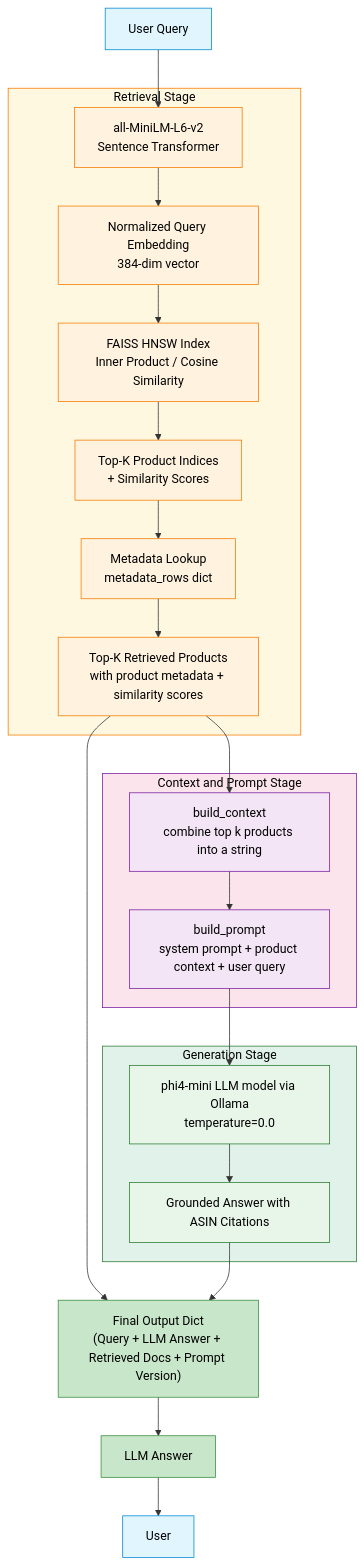
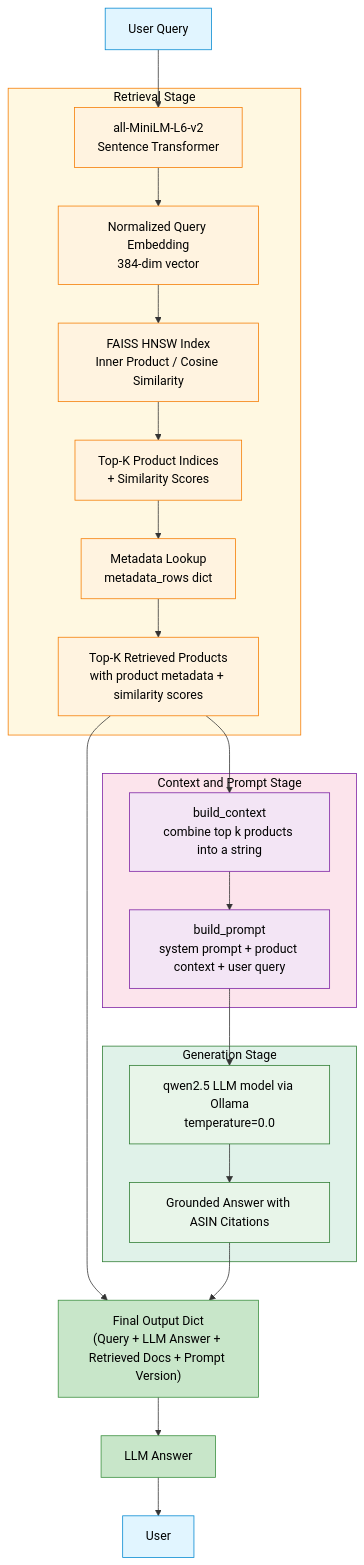
One commit to UBC-MDS/DSCI-575-amazon-review-retrieval-jasjot-karan changed the diagram in README.md. Above: the diagram before and after it, drawn with Mermaid. The commit also changed other lines of this file, not shown here.

Commit message:
change to qwen2.5

````diff
--- a/README.md
+++ b/README.md
@@ -27,68 +27,68 @@
 ```mermaid
 flowchart TD
     A[User Query] --> B[all-MiniLM-L6-v2<br/>Sentence Transformer]
     B --> C[Normalized Query Embedding<br/>384-dim vector]
     
     C --> D[FAISS HNSW Index<br/>Inner Product / Cosine Similarity]
     D --> E[Top-K Product Indices<br/>+ Similarity Scores]
     
     E --> F[Metadata Lookup<br/>metadata_rows dict]
     F --> G[Top-K Retrieved Products<br/>with product metadata + similarity scores]
     
     G --> H[build_context<br/>combine top k products into a string]
     H --> I[build_prompt<br/>system prompt + product context + user query]
     
-    I --> J[phi4-mini LLM model via Ollama<br/>temperature=0.0]
+    I --> J[qwen2.5 LLM model via Ollama<br/>temperature=0.0]
     J --> K[Grounded Answer with ASIN Citations]
     
     G --> L["Final Output Dict<br/>(Query + LLM Answer + Retrieved Docs + Prompt Version)"]
     K --> L
     
     L --> M[LLM Answer]
     
     M --> N[User]
     
     subgraph Retrieval [Retrieval Stage]
         B
         C
         D
         E
         F
         G
     end
     
     subgraph Context_Prompt [Context and Prompt Stage]
         H
         I
     end
     
     subgraph Generation [Generation Stage]
         J
         K
     end
     
     %% Force dark text on all nodes and subgraph titles for readability
     classDef default fill:#ffffff,stroke:#333,color:#000
     
     style A fill:#e1f5ff,stroke:#0288d1,color:#000
     style N fill:#e1f5ff,stroke:#0288d1,color:#000
     style M fill:#c8e6c9,stroke:#388e3c,color:#000
     style L fill:#c8e6c9,stroke:#388e3c,color:#000
     
     style B fill:#fff3e0,stroke:#f57c00,color:#000
     style C fill:#fff3e0,stroke:#f57c00,color:#000
     style D fill:#fff3e0,stroke:#f57c00,color:#000
     style E fill:#fff3e0,stroke:#f57c00,color:#000
     style F fill:#fff3e0,stroke:#f57c00,color:#000
     style G fill:#fff3e0,stroke:#f57c00,color:#000
     
     style H fill:#f3e5f5,stroke:#7b1fa2,color:#000
     style I fill:#f3e5f5,stroke:#7b1fa2,color:#000
     
     style J fill:#e8f5e9,stroke:#2e7d32,color:#000
     style K fill:#e8f5e9,stroke:#2e7d32,color:#000
     
     style Retrieval fill:#fff8e1,stroke:#f57c00,color:#000
     style Context_Prompt fill:#fce4ec,stroke:#7b1fa2,color:#000
     style Generation fill:#e0f2e9,stroke:#2e7d32,color:#000
 ```
````
